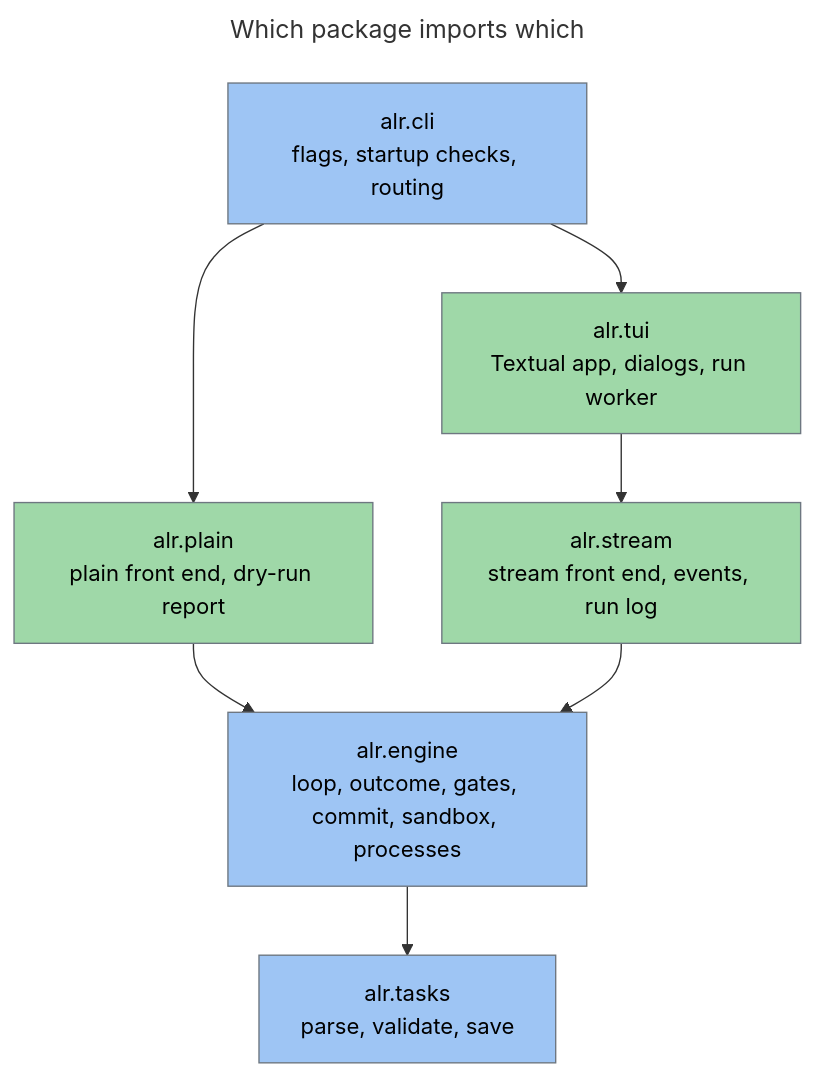
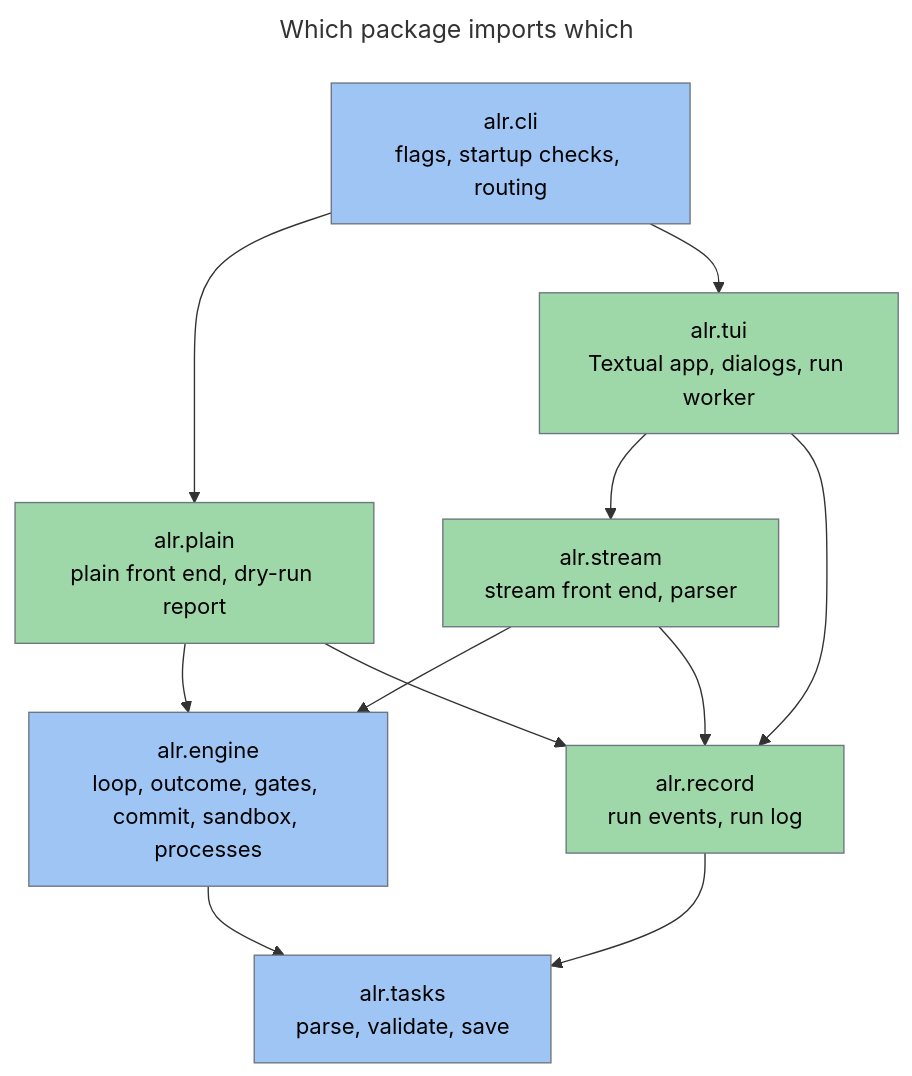
The first of 5 diagrams in docs/design/03_system_architecture.md (twistingmercury/agentic_loop_runner), drawn with Mermaid before and after one commit. The commit also changed other lines of this file and 4 other files, not shown here.

Commit message:
Record plain-mode logging in the design docs

````diff
--- a/docs/design/03_system_architecture.md
+++ b/docs/design/03_system_architecture.md
@@ -34,21 +35,26 @@
 ```mermaid
 ---
 title: Which package imports which
 ---
 flowchart TD
     cli["alr.cli<br/>flags, startup checks, routing"]:::blue
     plain["alr.plain<br/>plain front end, dry-run report"]:::green
     tui["alr.tui<br/>Textual app, dialogs, run worker"]:::green
-    stream["alr.stream<br/>stream front end, events, run log"]:::green
+    stream["alr.stream<br/>stream front end, parser"]:::green
+    record["alr.record<br/>run events, run log"]:::green
     engine["alr.engine<br/>loop, outcome, gates, commit, sandbox, processes"]:::blue
     tasks["alr.tasks<br/>parse, validate, save"]:::blue
     cli --> plain
     cli --> tui
     tui --> stream
+    tui --> record
     plain --> engine
+    plain --> record
     stream --> engine
+    stream --> record
+    record --> tasks
     engine --> tasks
     classDef blue fill: #9ec5f4, stroke: #6e7781, color: #000000
     classDef green fill: #9fd8a8, stroke: #6e7781, color: #000000
     classDef gray fill: #c4cbd3, stroke: #6e7781, color: #000000
 ```
````
